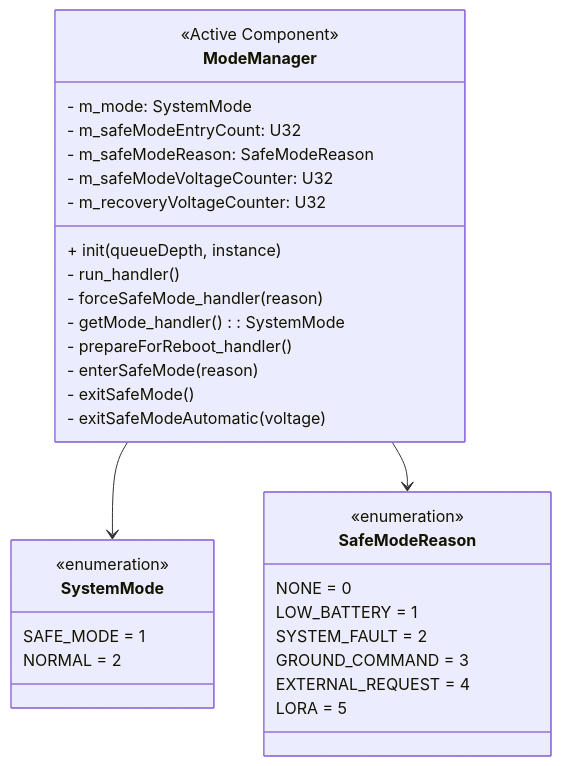
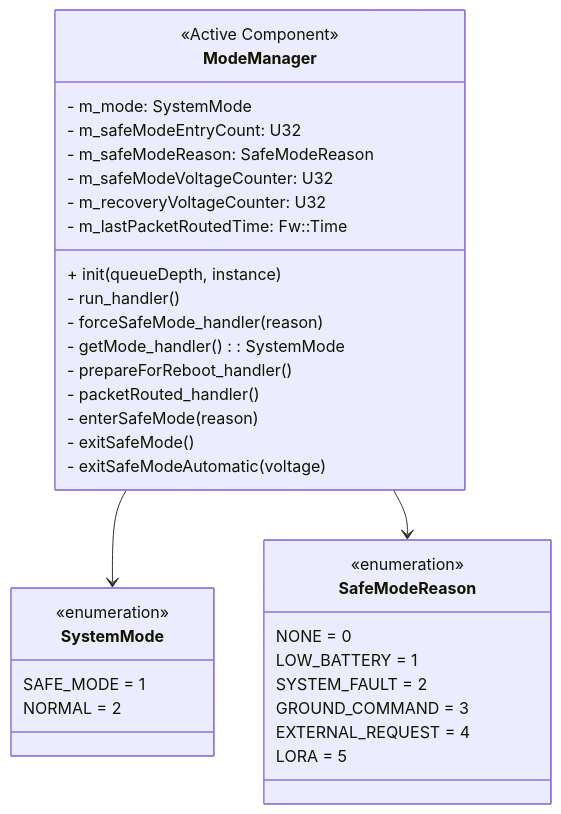
Before and after one commit to Open-Source-Space-Foundation/proves-core-reference: the first of 4 diagrams in docs-site/components/ModeManager.md, drawn with Mermaid. The commit also changed other lines of this file and 2 other files, not shown here.

````diff
--- a/docs-site/components/ModeManager.md
+++ b/docs-site/components/ModeManager.md
@@ -21,35 +22,37 @@
 ```mermaid
 classDiagram
     class ModeManager {
         <<Active Component>>
         - m_mode: SystemMode
         - m_safeModeEntryCount: U32
         - m_safeModeReason: SafeModeReason
         - m_safeModeVoltageCounter: U32
         - m_recoveryVoltageCounter: U32
+        - m_lastPacketRoutedTime: Fw::Time
         + init(queueDepth, instance)
         - run_handler()
         - forceSafeMode_handler(reason)
         - getMode_handler(): SystemMode
         - prepareForReboot_handler()
+        - packetRouted_handler()
         - enterSafeMode(reason)
         - exitSafeMode()
         - exitSafeModeAutomatic(voltage)
     }
     class SystemMode {
         <<enumeration>>
         SAFE_MODE = 1
         NORMAL = 2
     }
     class SafeModeReason {
         <<enumeration>>
         NONE = 0
         LOW_BATTERY = 1
         SYSTEM_FAULT = 2
         GROUND_COMMAND = 3
         EXTERNAL_REQUEST = 4
         LORA = 5
     }
     ModeManager --> SystemMode
     ModeManager --> SafeModeReason
 ```
````
